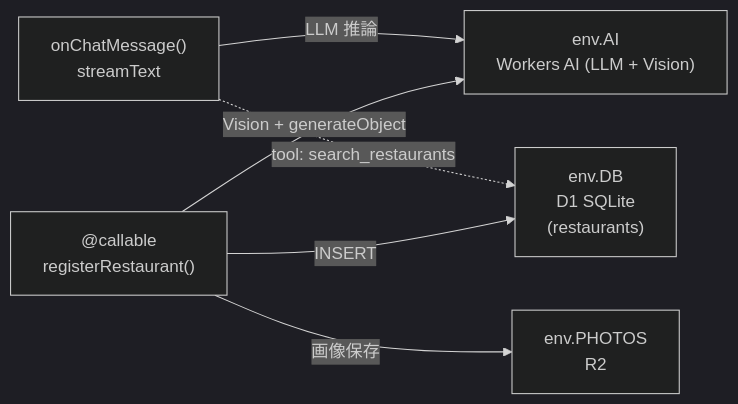
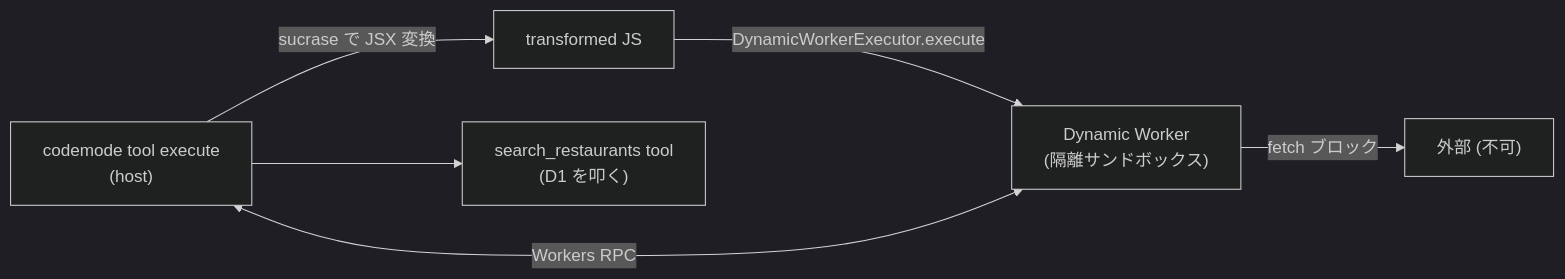
One commit to yusukebe/generative-ui-playground changed the fourth of 5 diagrams in README.md. Above: the diagram before and after it, drawn with Mermaid (dark theme). The commit also changed other lines of this file and 11 other files, not shown here.

First line of the commit message:
refactor: Code Mode + Dynamic Worker + React に統一、ModeSelector 撤去

````diff
--- a/README.md
+++ b/README.md
@@ -92,13 +111,8 @@
 ```mermaid
 flowchart LR
-  Stream["onChatMessage()<br/>streamText"] -->|LLM 推論| AI
-  Stream -.->|tool: search_restaurants| DB
-
-  Reg["@callable<br/>registerRestaurant()"] -->|Vision + generateObject| AI
-  Reg -->|画像保存| PHOTOS
-  Reg -->|INSERT| DB
-
-  AI["env.AI<br/>Workers AI (LLM + Vision)"]
-  DB["env.DB<br/>D1 SQLite<br/>(restaurants)"]
-  PHOTOS["env.PHOTOS<br/>R2"]
+  CT["codemode tool execute<br/>(host)"] -->|sucrase で JSX 変換| TX["transformed JS"]
+  TX -->|DynamicWorkerExecutor.execute| DW["Dynamic Worker<br/>(隔離サンドボックス)"]
+  DW -->|fetch ブロック| X1["外部 (不可)"]
+  DW <-->|Workers RPC| CT
+  CT --> ST["search_restaurants tool<br/>(D1 を叩く)"]
 ```
````
